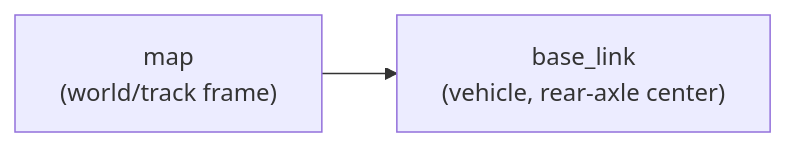
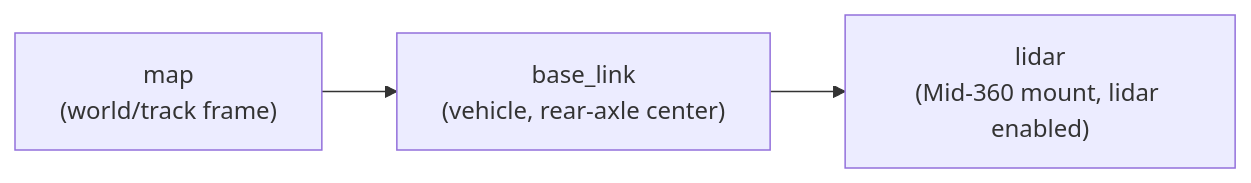
Before and after one commit to LonghornRacingElectric/lhre: the seventh of 8 diagrams in autonomy/ros2/README.md, drawn with Mermaid. The commit also changed other lines of this file and 134 other files, not shown here.

````diff
--- a/autonomy/ros2/README.md
+++ b/autonomy/ros2/README.md
@@ -440,4 +509,5 @@
 ```mermaid
 flowchart LR
     map["map<br>(world/track frame)"] --> base["base_link<br>(vehicle, rear-axle center)"]
+    base --> lidar["lidar<br>(Mid-360 mount, lidar enabled)"]
 ```
````
